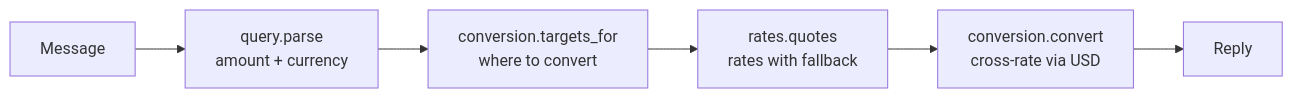
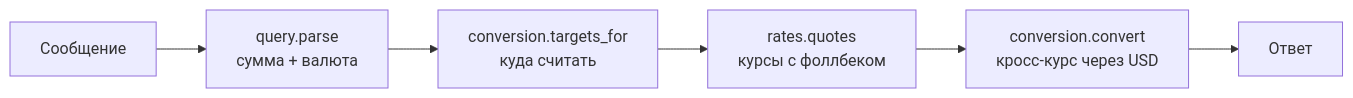
The diagram in README.md (aneek0/NekoCurrencies), drawn with Mermaid before and after one commit. The commit also changed other lines of this file and 1 other file, not shown here.

````diff
--- a/README.md
+++ b/README.md
@@ -103,8 +118,8 @@
 ```mermaid
 flowchart LR
-    msg[Message] --> parse["query.parse<br/>amount + currency"]
-    parse --> targets["conversion.targets_for<br/>where to convert"]
-    targets --> quotes["rates.quotes<br/>rates with fallback"]
-    quotes --> convert["conversion.convert<br/>cross-rate via USD"]
-    convert --> answer[Reply]
+    msg[Сообщение] --> parse["query.parse<br/>сумма + валюта"]
+    parse --> targets["conversion.targets_for<br/>куда считать"]
+    targets --> quotes["rates.quotes<br/>курсы с фоллбеком"]
+    quotes --> convert["conversion.convert<br/>кросс-курс через USD"]
+    convert --> answer[Ответ]
 ```
````
